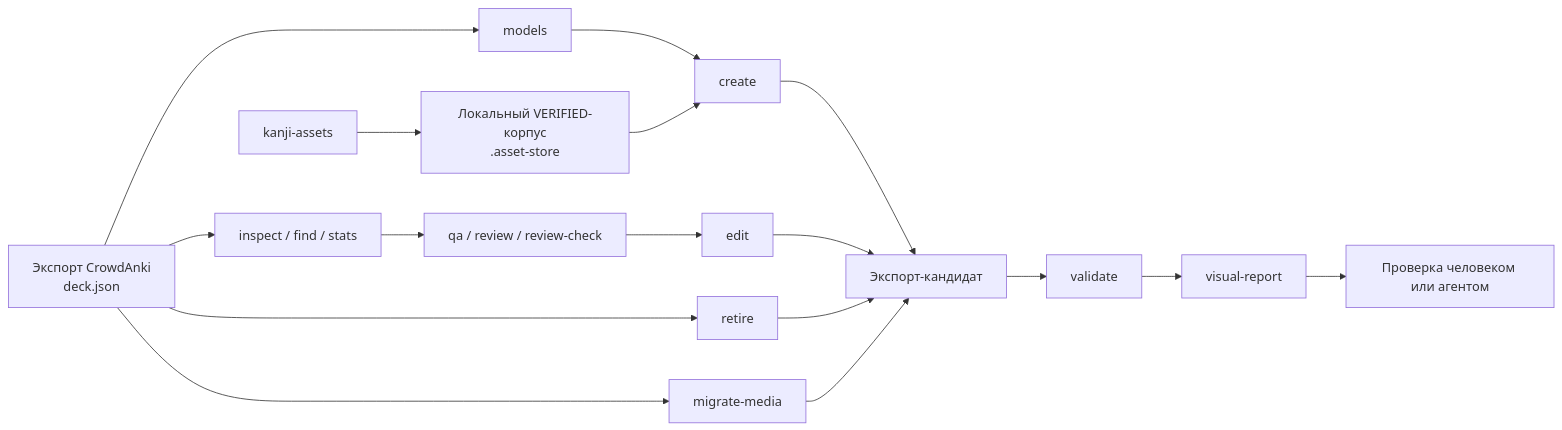
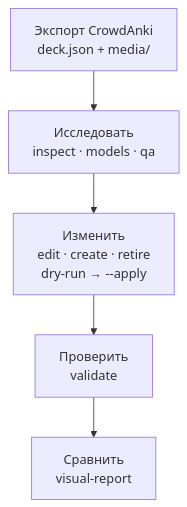
The diagram in README.md (Flandre-Scarlet-the-best/anki-deck-toolkit), drawn with Mermaid before and after one commit. The commit also changed other lines of this file and 8 other files, not shown here.

First line of the commit message:
docs(readme): посадочная страница с настоящим visual-report и воспроизводимым быстрым стартом (#32)

````diff
--- a/README.md
+++ b/README.md
@@ -55,22 +61,7 @@
 ```mermaid
-flowchart LR
-    A["Экспорт CrowdAnki<br/>deck.json"] --> B["inspect / find / stats"]
-    A --> C["models"]
-    B --> D["qa / review / review-check"]
-    C --> E["create"]
-    D --> F["edit"]
-    A --> G["retire"]
-    A --> N["migrate-media"]
-
-    H["kanji-assets"] --> I["Локальный VERIFIED-корпус<br/>.asset-store"]
-    I --> E
-
-    E --> J["Экспорт-кандидат"]
-    F --> J
-    G --> J
-    N --> J
-
-    J --> K["validate"]
-    K --> L["visual-report"]
-    L --> M["Проверка человеком или агентом"]
+flowchart TB
+    A["Экспорт CrowdAnki<br/>deck.json + media/"] --> B["Исследовать<br/>inspect · models · qa"]
+    B --> C["Изменить<br/>edit · create · retire<br/>dry-run → --apply"]
+    C --> D["Проверить<br/>validate"]
+    D --> E["Сравнить<br/>visual-report"]
 ```
````
